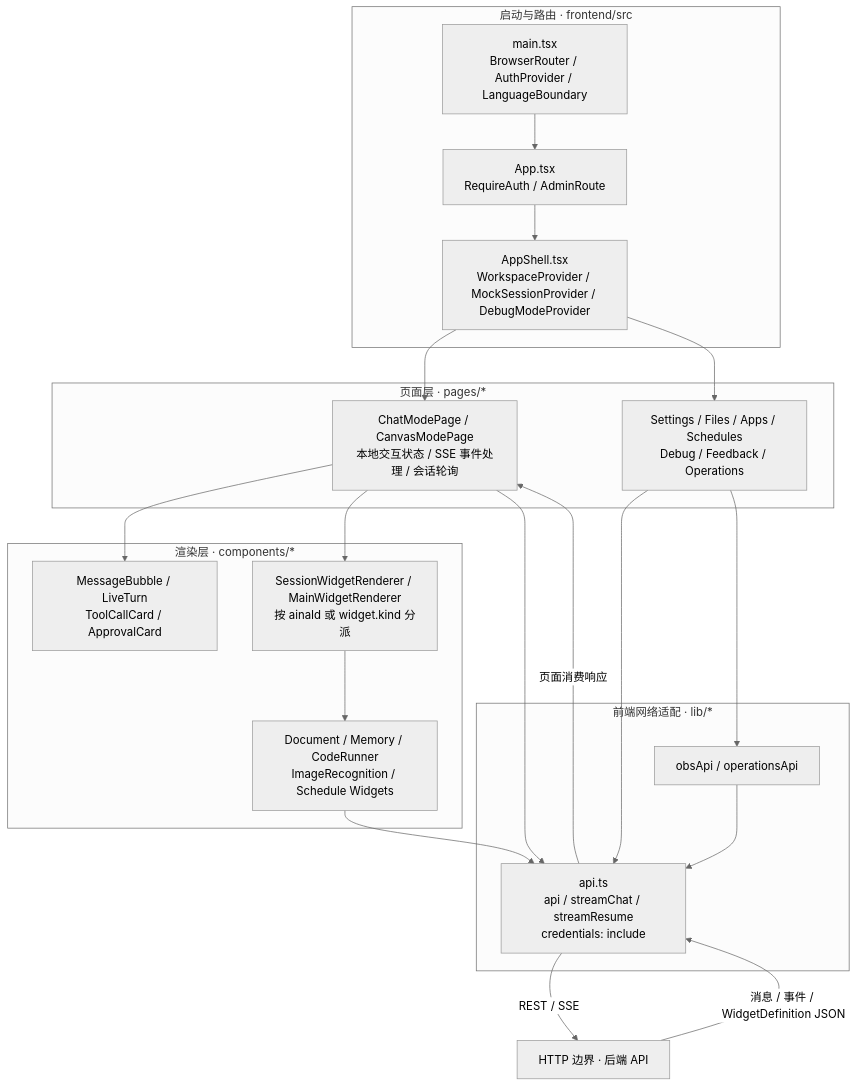
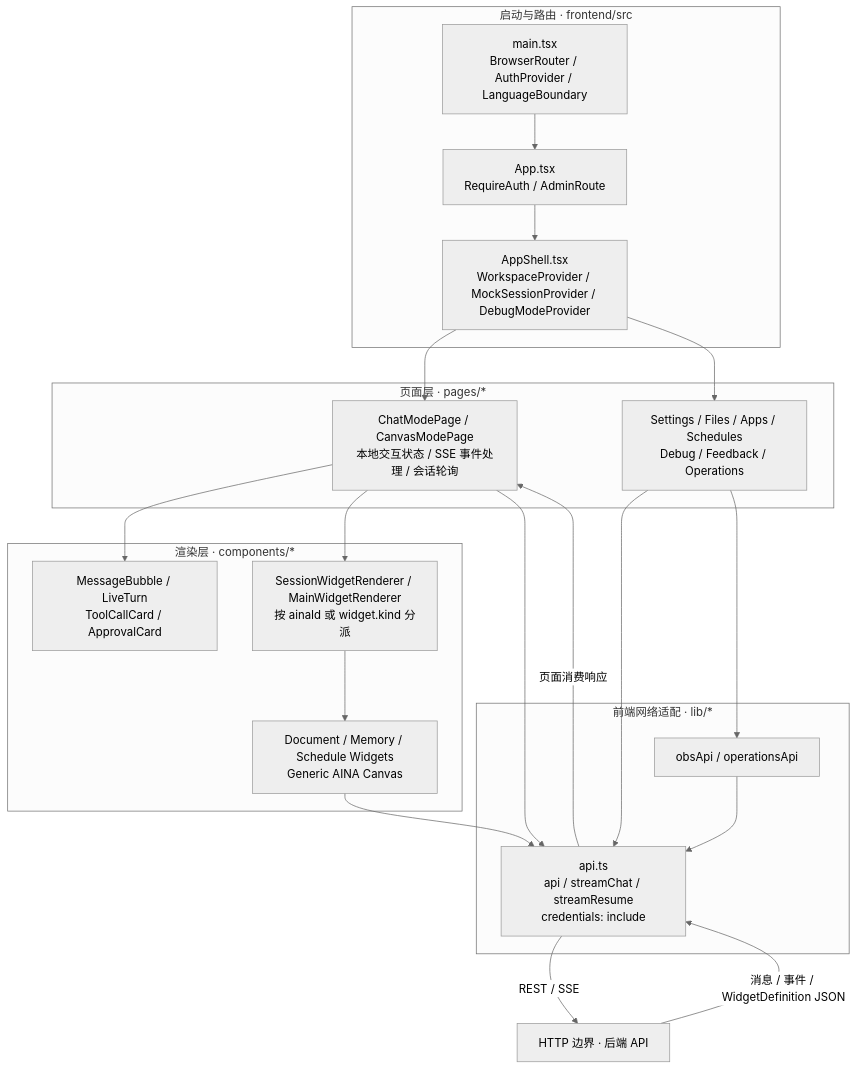
Before and after one commit to Tianzhou-Agent/Unibot: the second of 6 diagrams in docs/code-boundaries.md, drawn with Mermaid (neutral theme). The commit also changed other lines of this file and 65 other files, not shown here.

Commit message:
refactor: make image recognition and code runner opt-in examples

````diff
--- a/docs/code-boundaries.md
+++ b/docs/code-boundaries.md
@@ -61,37 +61,37 @@
 ```mermaid
 flowchart TB
     subgraph Bootstrap["启动与路由 · frontend/src"]
         Main["main.tsx<br/>BrowserRouter / AuthProvider / LanguageBoundary"]
         App["App.tsx<br/>RequireAuth / AdminRoute"]
         Shell["AppShell.tsx<br/>WorkspaceProvider / MockSessionProvider / DebugModeProvider"]
         Main --> App --> Shell
     end
 
     subgraph Pages["页面层 · pages/*"]
         Chat["ChatModePage / CanvasModePage<br/>本地交互状态 / SSE 事件处理 / 会话轮询"]
         Other["Settings / Files / Apps / Schedules<br/>Debug / Feedback / Operations"]
     end
     subgraph Render["渲染层 · components/*"]
         Msg["MessageBubble / LiveTurn<br/>ToolCallCard / ApprovalCard"]
         Widgets["SessionWidgetRenderer / MainWidgetRenderer<br/>按 ainaId 或 widget.kind 分派"]
-        Specialized["Document / Memory / CodeRunner<br/>ImageRecognition / Schedule Widgets"]
+        Specialized["Document / Memory / Schedule Widgets<br/>Generic AINA Canvas"]
     end
     subgraph Transport["前端网络适配 · lib/*"]
         Obs["obsApi / operationsApi"]
         API["api.ts<br/>api / streamChat / streamResume<br/>credentials: include"]
     end
     Server["HTTP 边界 · 后端 API"]
 
     Shell --> Chat
     Shell --> Other
     Chat --> Msg
     Chat --> Widgets
     Widgets --> Specialized
     Chat --> API
     Other --> API
     Other --> Obs --> API
     Specialized --> API
     API -->|"REST / SSE"| Server
     Server -->|"消息 / 事件 / WidgetDefinition JSON"| API
     API -->|"页面消费响应"| Chat
 ```
````
